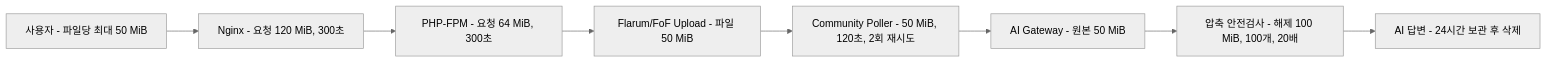
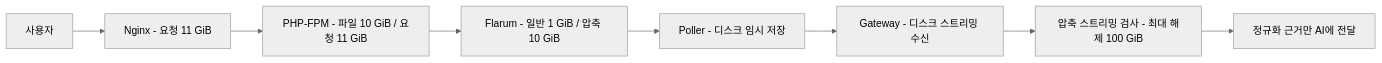
Before and after one commit to ablecloud-team/ablestack-techflow: the diagram in docs/runbooks/community-large-uploads.md, drawn with Mermaid (neutral theme). The commit also changed other lines of this file and 13 other files, not shown here.

````diff
--- a/docs/runbooks/community-large-uploads.md
+++ b/docs/runbooks/community-large-uploads.md
@@ -7,10 +7,10 @@
 ```mermaid
 flowchart LR
-    U["사용자 - 파일당 최대 50 MiB"] --> N["Nginx - 요청 120 MiB, 300초"]
-    N --> P["PHP-FPM - 요청 64 MiB, 300초"]
-    P --> F["Flarum/FoF Upload - 파일 50 MiB"]
-    F --> C["Community Poller - 50 MiB, 120초, 2회 재시도"]
-    C --> G["AI Gateway - 원본 50 MiB"]
-    G --> S["압축 안전검사 - 해제 100 MiB, 100개, 20배"]
-    S --> A["AI 답변 - 24시간 보관 후 삭제"]
+    U["사용자"] --> N["Nginx - 요청 11 GiB"]
+    N --> P["PHP-FPM - 파일 10 GiB / 요청 11 GiB"]
+    P --> F["Flarum - 일반 1 GiB / 압축 10 GiB"]
+    F --> C["Poller - 디스크 임시 저장"]
+    C --> G["Gateway - 디스크 스트리밍 수신"]
+    G --> S["압축 스트리밍 검사 - 최대 해제 100 GiB"]
+    S --> E["정규화 근거만 AI에 전달"]
 ```
````
